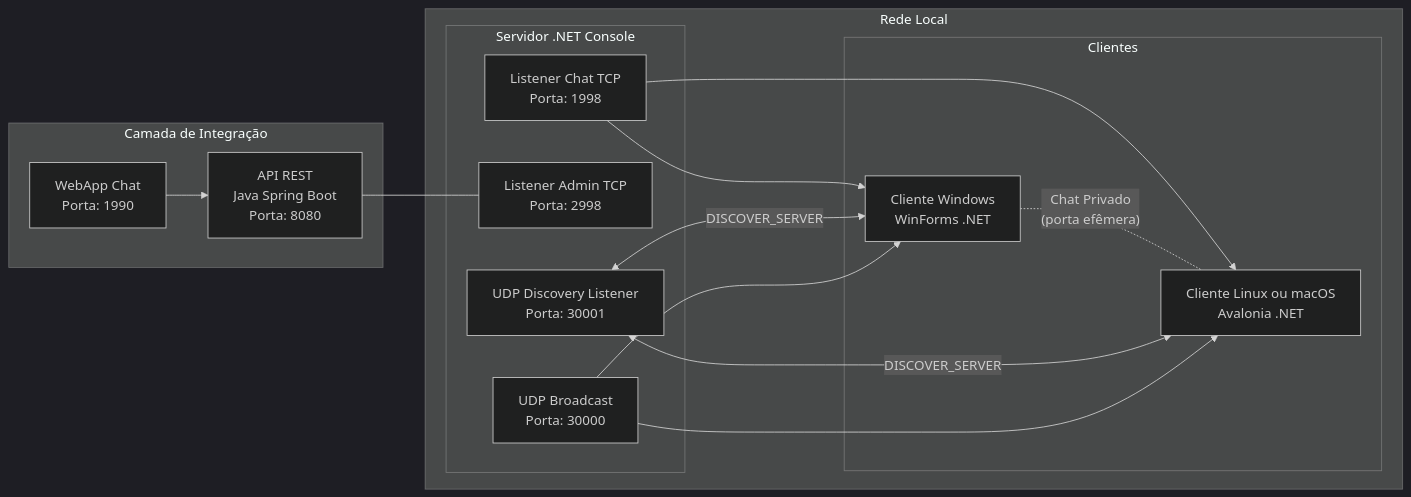
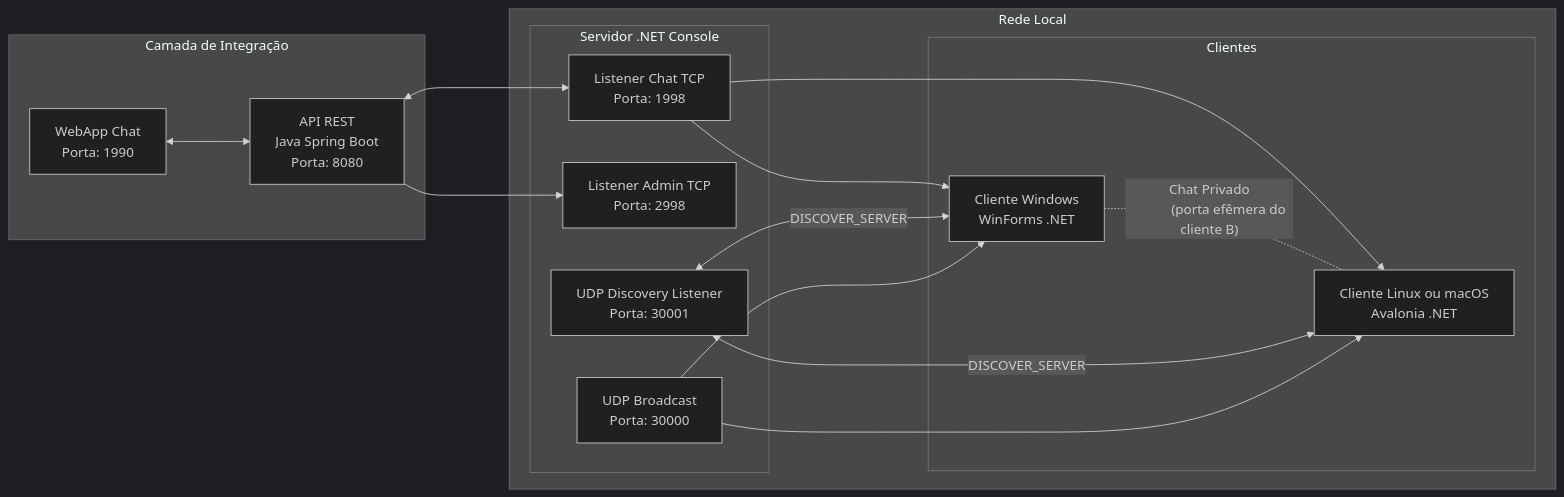
The diagram in README.md (luccas00/Chat_TCP), drawn with Mermaid (dark theme) before and after one commit.

````diff
--- a/README.md
+++ b/README.md
@@ -154,44 +154,45 @@
 ```mermaid
 flowchart LR
     subgraph NET["Rede Local"]
         subgraph SRV["Servidor .NET Console"]
             CH["Listener Chat TCP
                 Porta: 1998"]
             ADM["Listener Admin TCP
                  Porta: 2998"]
             UDPB["UDP Broadcast
                   Porta: 30000"]
             UDNS["UDP Discovery Listener
                   Porta: 30001"]
         end
 
         subgraph CLIENTES["Clientes"]
             WF["Cliente Windows
                 WinForms .NET"]
             AV["Cliente Linux ou macOS
                 Avalonia .NET"]
         end
 
         CH --> WF
         CH --> AV
 
         WF -. "Chat Privado
-            (porta efêmera)" .- AV
+            (porta efêmera do cliente B)" .- AV
 
         UDNS <-- "DISCOVER_SERVER" --> WF
         UDNS <-- "DISCOVER_SERVER" --> AV
         UDPB --> WF
         UDPB --> AV
     end
 
     subgraph API["Camada de Integração"]
         SB["API REST
             Java Spring Boot
             Porta: 8080"]
         FE["WebApp Chat
             Porta: 1990"]
     end
 
-    SB --- ADM
-    FE --> SB
+    SB --> ADM
+    SB <---> CH
+    FE <---> SB
 ```
````
